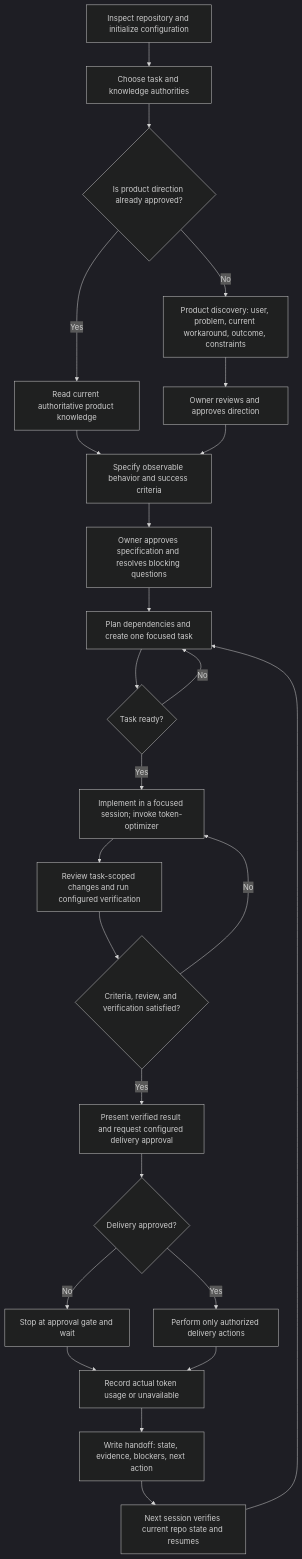
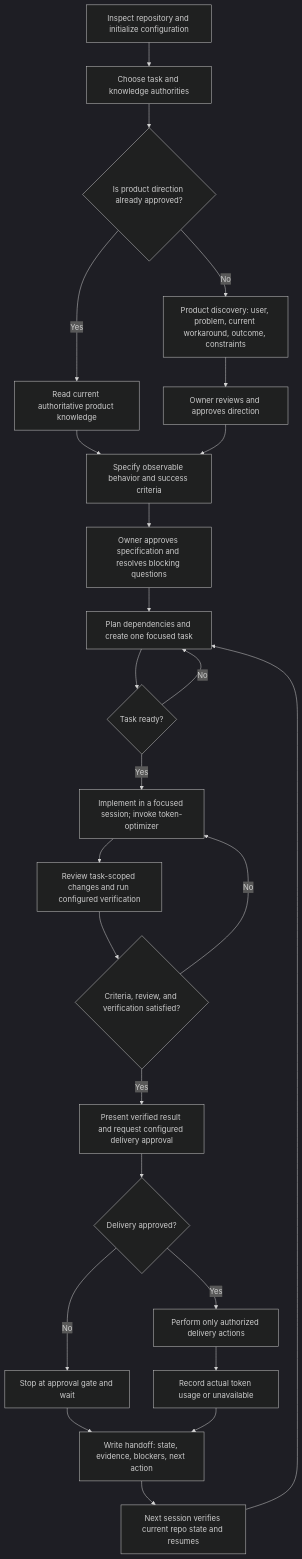
The second of 2 diagrams in docs/WORKFLOW.md (igavriel/agent-workflow-starter), drawn with Mermaid (dark theme) before and after one commit. The commit also changed 8 other files, not shown here.

````diff
--- a/docs/WORKFLOW.md
+++ b/docs/WORKFLOW.md
@@ -55,27 +55,27 @@
 ```mermaid
 flowchart TD
     A[Inspect repository and initialize configuration] --> B[Choose task and knowledge authorities]
     B --> C{Is product direction already approved?}
     C -->|No| D[Product discovery: user, problem, current workaround, outcome, constraints]
     C -->|Yes| E[Read current authoritative product knowledge]
     D --> F[Owner reviews and approves direction]
     E --> G[Specify observable behavior and success criteria]
     F --> G
     G --> H[Owner approves specification and resolves blocking questions]
     H --> I[Plan dependencies and create one focused task]
     I --> J{Task ready?}
     J -->|No| I
     J -->|Yes| K[Implement in a focused session; invoke token-optimizer]
     K --> L[Review task-scoped changes and run configured verification]
     L --> M{Criteria, review, and verification satisfied?}
     M -->|No| K
     M -->|Yes| N[Present verified result and request configured delivery approval]
     N --> O{Delivery approved?}
     O -->|No| P[Stop at approval gate and wait]
     O -->|Yes| Q[Perform only authorized delivery actions]
-    P --> R[Record actual token usage or unavailable]
-    Q --> R
-    R --> S[Write handoff: state, evidence, blockers, next action]
+    Q --> R[Record actual token usage or unavailable]
+    P --> S[Write handoff: state, evidence, blockers, next action]
+    R --> S
     S --> T[Next session verifies current repo state and resumes]
     T --> I
 ```
````
